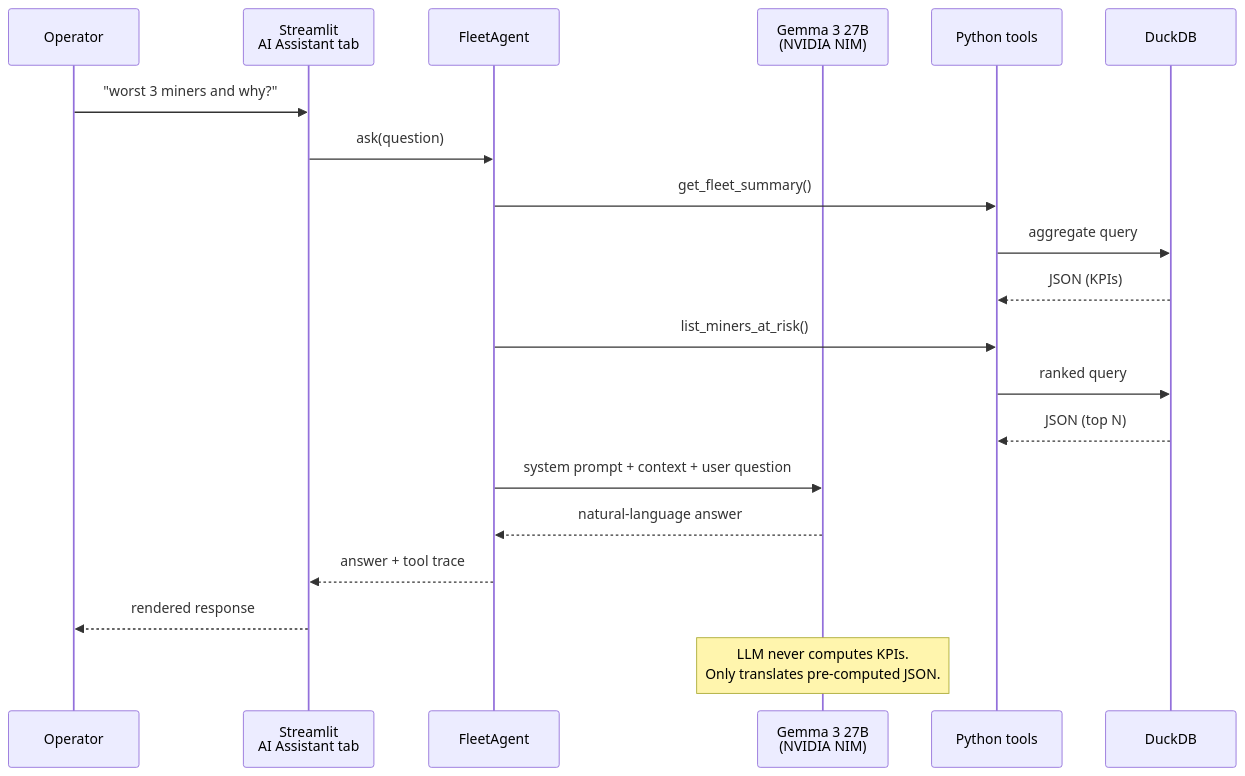
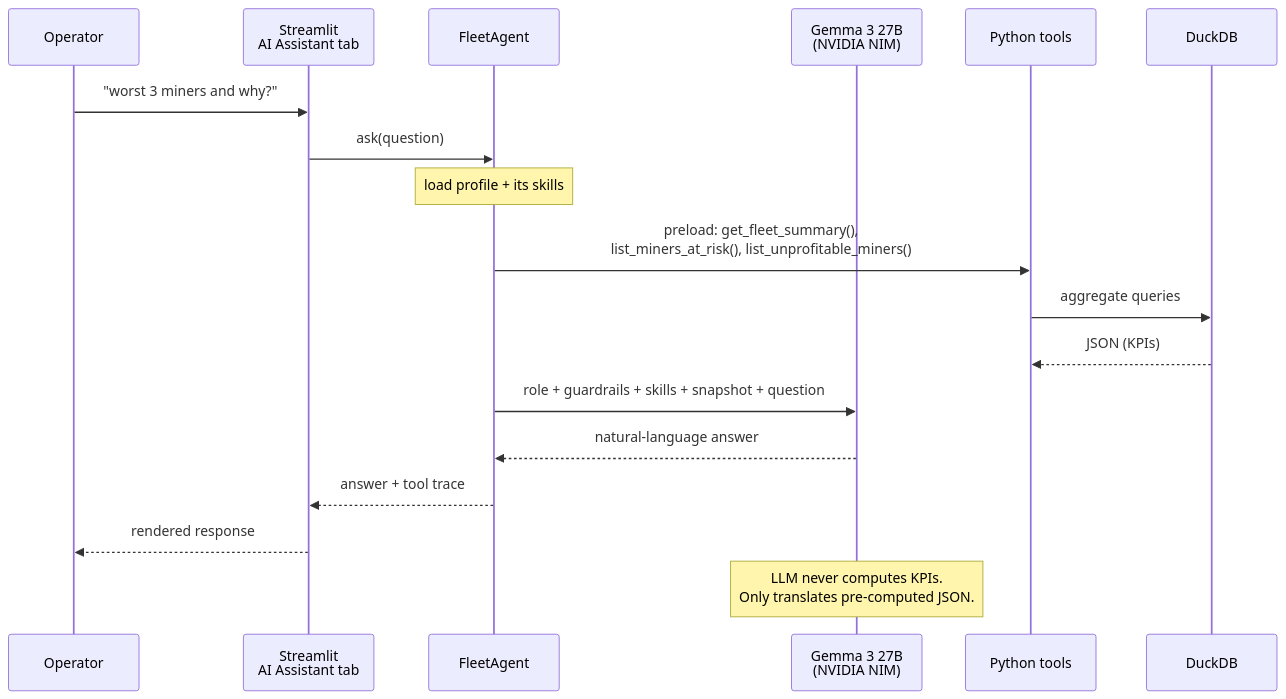
One commit to wkatir/planb-tether-mdk-mining-ai changed the third of 4 diagrams in README.md. Above: the diagram before and after it, drawn with Mermaid. The commit also changed other lines of this file and 4 other files, not shown here.

````diff
--- a/README.md
+++ b/README.md
@@ -129,23 +133,21 @@
 ```mermaid
 sequenceDiagram
     participant User as Operator
     participant UI as Streamlit<br/>AI Assistant tab
     participant Agent as FleetAgent
     participant LLM as Gemma 3 27B<br/>(NVIDIA NIM)
     participant Tools as Python tools
     participant DB as DuckDB
 
     User->>UI: "worst 3 miners and why?"
     UI->>Agent: ask(question)
-    Agent->>Tools: get_fleet_summary()
-    Tools->>DB: aggregate query
+    Note over Agent: load profile + its skills
+    Agent->>Tools: preload: get_fleet_summary(),<br/>list_miners_at_risk(), list_unprofitable_miners()
+    Tools->>DB: aggregate queries
     DB-->>Tools: JSON (KPIs)
-    Agent->>Tools: list_miners_at_risk()
-    Tools->>DB: ranked query
-    DB-->>Tools: JSON (top N)
-    Agent->>LLM: system prompt + context + user question
+    Agent->>LLM: role + guardrails + skills + snapshot + question
     LLM-->>Agent: natural-language answer
     Agent-->>UI: answer + tool trace
     UI-->>User: rendered response
     Note over LLM: LLM never computes KPIs.<br/>Only translates pre-computed JSON.
 ```
````
